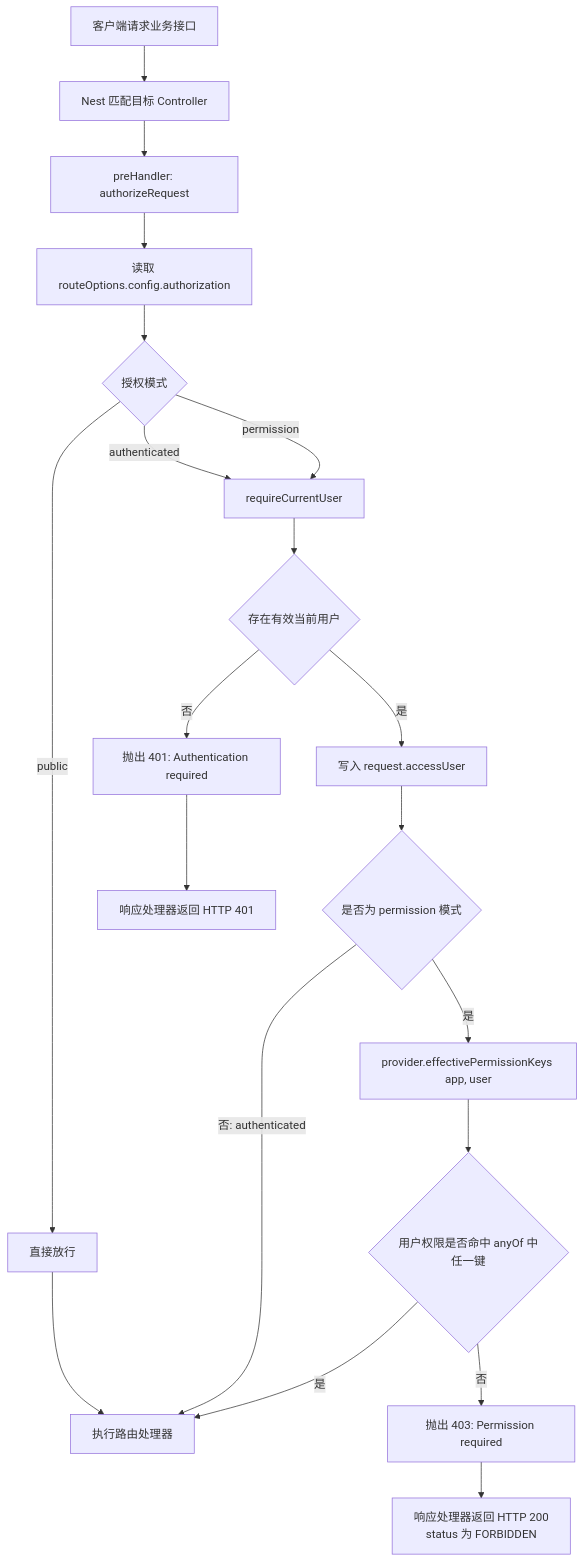
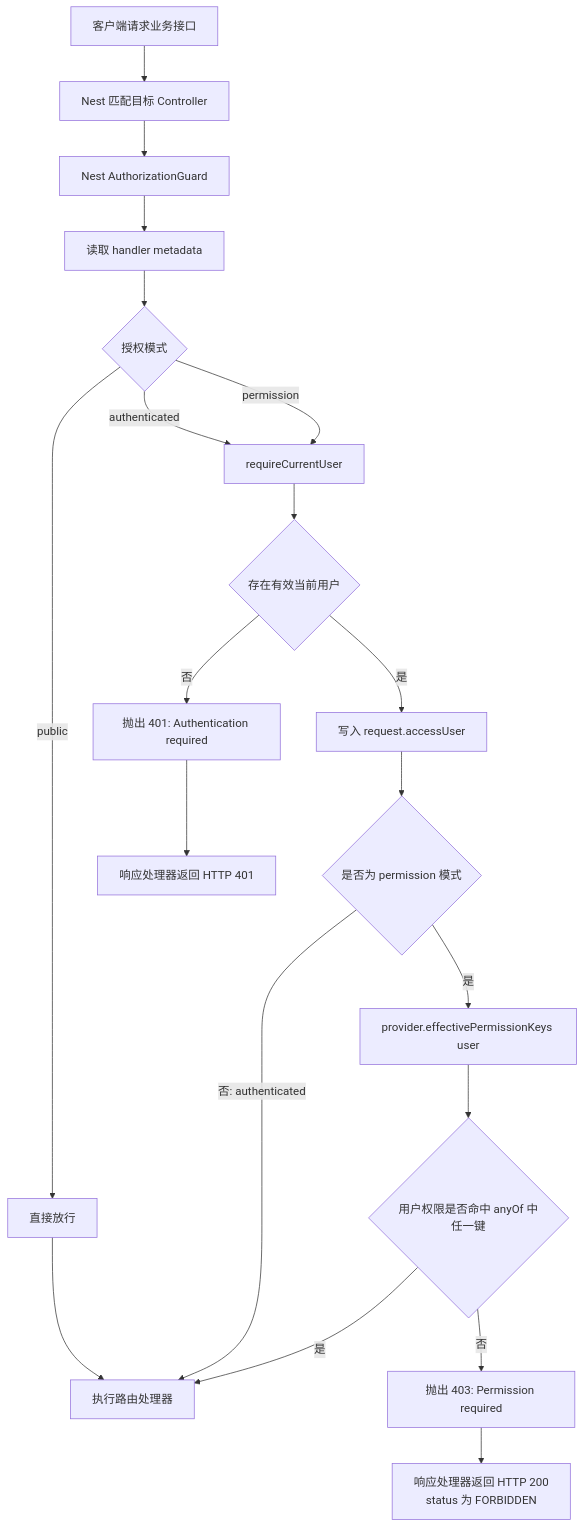
One commit to tanghaojie/Cyber-Sight changed the diagram in docs/design/modules/authorization.md. Above: the diagram before and after it, drawn with Mermaid. The commit also changed other lines of this file and 57 other files, not shown here.

````diff
--- a/docs/design/modules/authorization.md
+++ b/docs/design/modules/authorization.md
@@ -74,25 +74,25 @@
 ```mermaid
 flowchart TD
     A[客户端请求业务接口] --> B[Nest 匹配目标 Controller]
-    B --> C[preHandler: authorizeRequest]
-    C --> D[读取 routeOptions.config.authorization]
+    B --> C[Nest AuthorizationGuard]
+    C --> D[读取 handler metadata]
     D --> E{授权模式}
 
     E -->|public| F[直接放行]
     F --> N[执行路由处理器]
 
     E -->|authenticated| G[requireCurrentUser]
     E -->|permission| G
     G --> H{存在有效当前用户}
     H -->|否| I[抛出 401: Authentication required]
     H -->|是| J[写入 request.accessUser]
 
     J --> K{是否为 permission 模式}
     K -->|否: authenticated| N
-    K -->|是| L[provider.effectivePermissionKeys app, user]
+    K -->|是| L[provider.effectivePermissionKeys user]
     L --> M{用户权限是否命中 anyOf 中任一键}
     M -->|否| O[抛出 403: Permission required]
     M -->|是| N
     I --> P[响应处理器返回 HTTP 401]
     O --> Q[响应处理器返回 HTTP 200<br/>status 为 FORBIDDEN]
 ```
````
